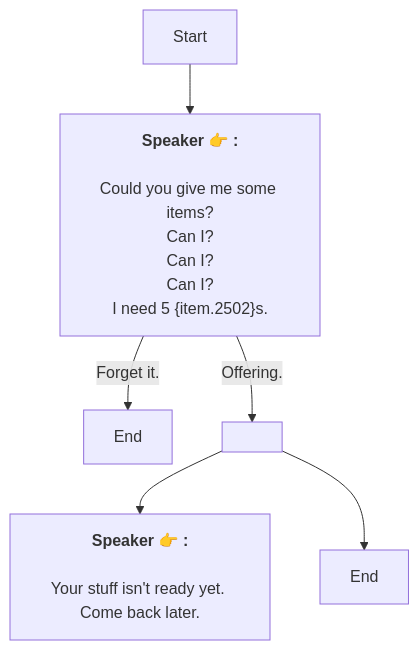
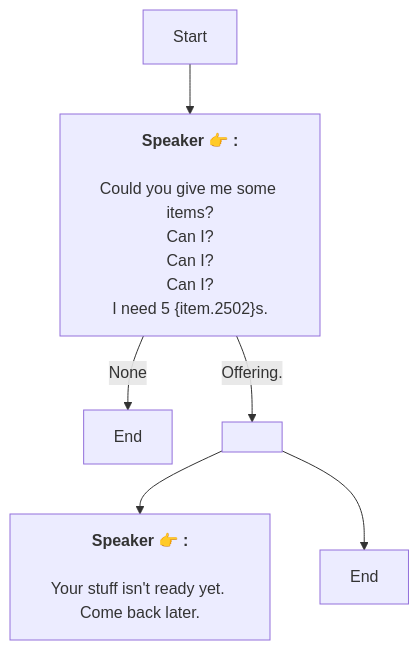
One commit to SoftHu/tos_avg changed the diagram in En/Altar.md. Above: the diagram before and after it, drawn with Mermaid. The commit also changed 410 other files, not shown here.

````diff
--- a/En/Altar.md
+++ b/En/Altar.md
@@ -1,11 +1,11 @@
 ```mermaid
 graph
 Start -->1747217079082489[<b>Speaker 👉 :</b>
 \nCould you give me some items?\nCan I?\nCan I?\nCan I?\nI need 5 &lbrace;item.2502&rbrace;s.]
-1747217079082489 -->|Forget it.|1747217418224127[End]
+1747217079082489 -->|None|1747217418224127[End]
 1747217079082489 -->|Offering.|1747217426350592[ ]
 1747217426350592 -->1747217442807297[<b>Speaker 👉 :</b>
 \nYour stuff isn't ready yet. Come back later.]
 1747217426350592 -->1747217504330242[End]
 
 ```
````
